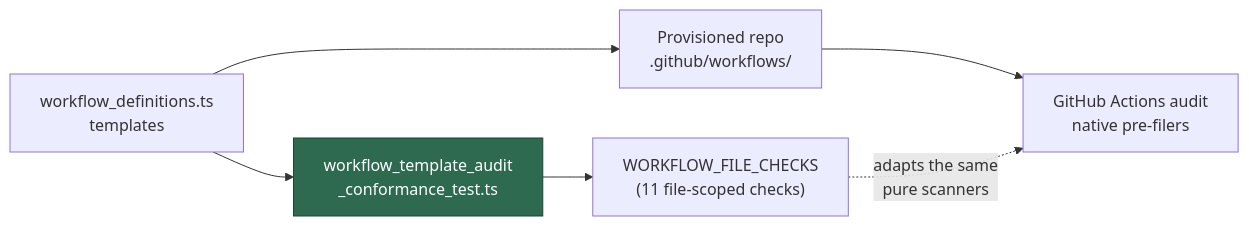
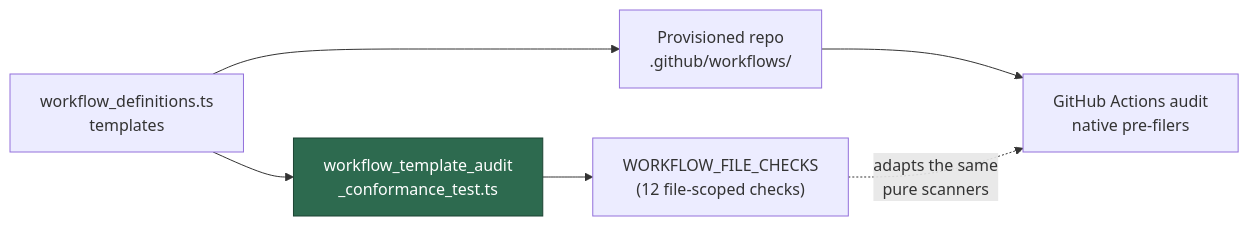
The fourth of 6 diagrams in docs/EXTENDING.md (stSoftwareAU/VibeCoder), drawn with Mermaid before and after one commit. The commit also changed 2 other files, not shown here.

Commit message:
docs: fix stale counts and test figures after review fixes (PR #4348)
Vibe-Coder-Run-Id: vibe-mvo63evi-fa494d

````diff
--- a/docs/EXTENDING.md
+++ b/docs/EXTENDING.md
@@ -397,9 +397,9 @@
 ```mermaid
 flowchart LR
     T["workflow_definitions.ts<br/>templates"] --> R["Provisioned repo<br/>.github/workflows/"]
     R --> A["GitHub Actions audit<br/>native pre-filers"]
     T --> C["workflow_template_audit<br/>_conformance_test.ts"]
-    C --> K["WORKFLOW_FILE_CHECKS<br/>(11 file-scoped checks)"]
+    C --> K["WORKFLOW_FILE_CHECKS<br/>(12 file-scoped checks)"]
     K -. "adapts the same<br/>pure scanners" .-> A
     style C fill:#2d6a4f,stroke:#1b4332,color:#fff
 ```
````
